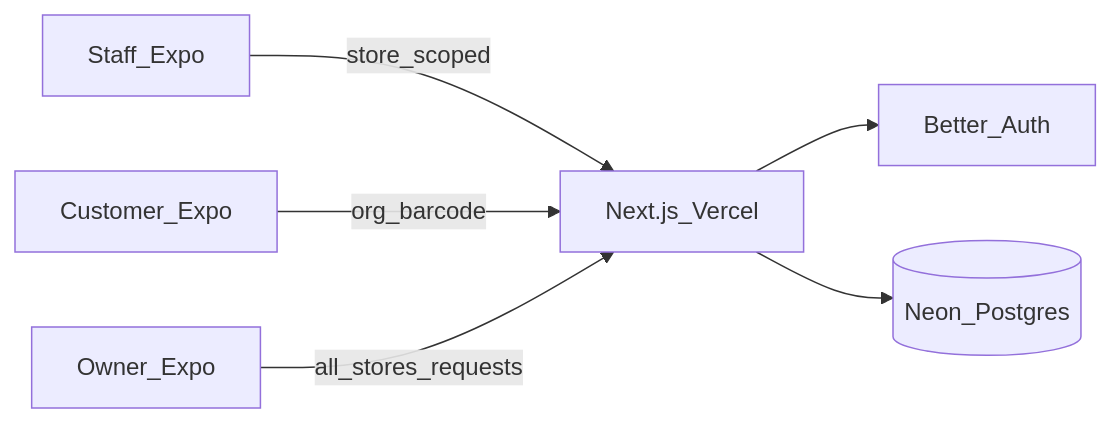
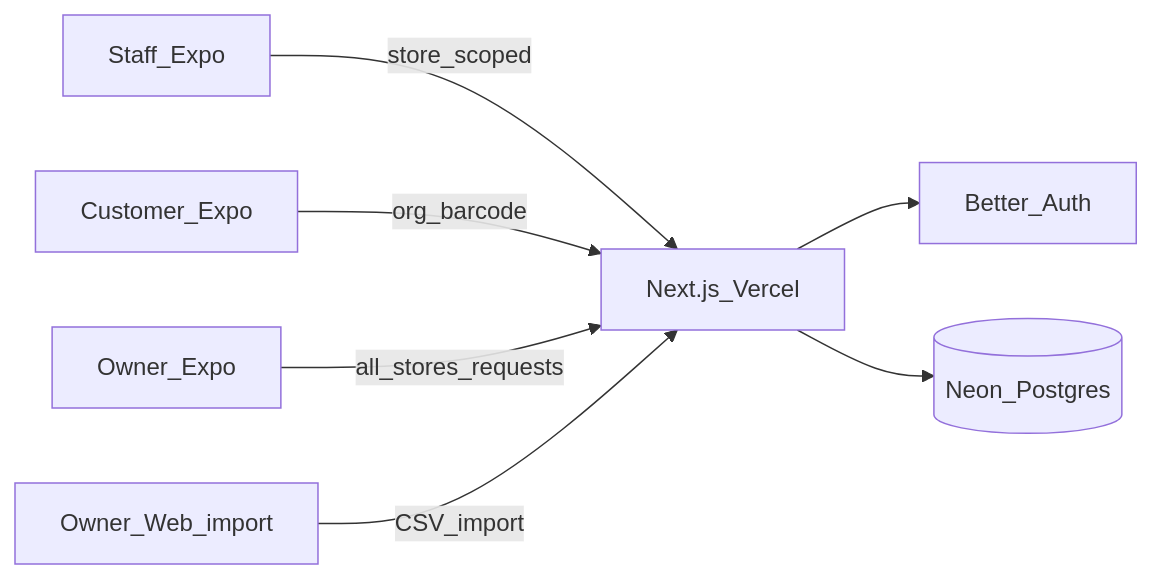
Before and after one commit to hemanthnarravula/off-licence-app: the first of 2 diagrams in PLAN.md, drawn with Mermaid. The commit also changed other lines of this file, not shown here.

````diff
--- a/PLAN.md
+++ b/PLAN.md
@@ -17,8 +22,9 @@
 ```mermaid
 flowchart LR
   Staff[Staff_Expo] -->|store_scoped| API[Next.js_Vercel]
   Customer[Customer_Expo] -->|org_barcode| API
   Owner[Owner_Expo] -->|all_stores_requests| API
+  OwnerWeb[Owner_Web_import] -->|CSV_import| API
   API --> Auth[Better_Auth]
   API --> DB[(Neon_Postgres)]
 ```
````
